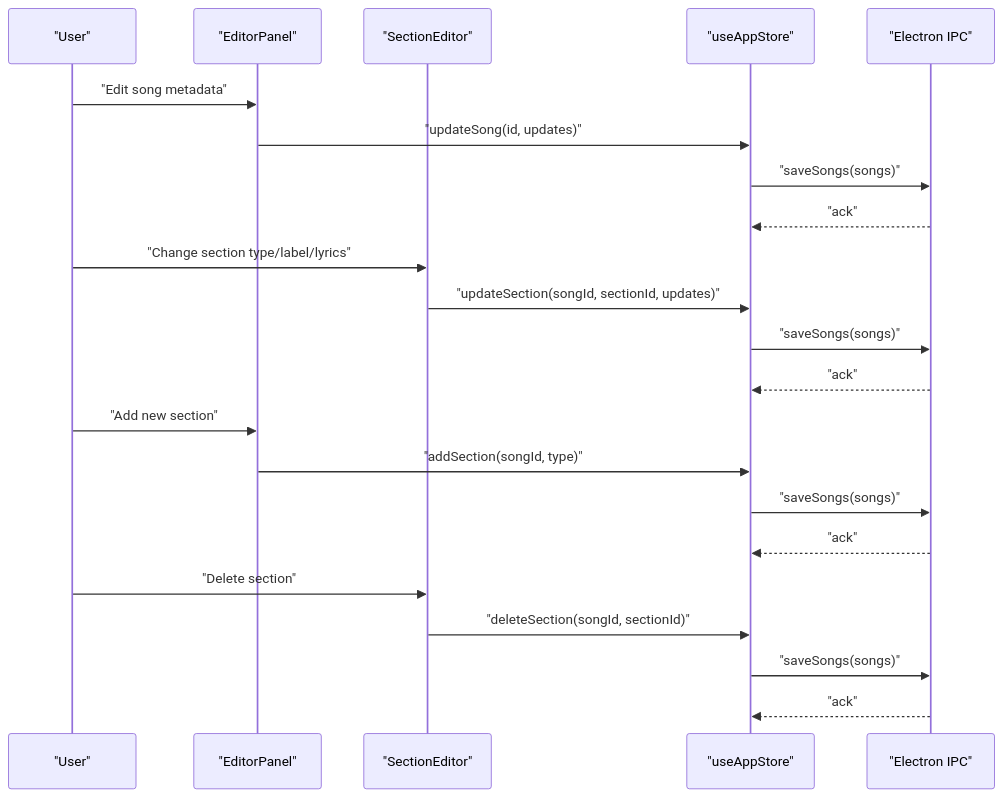
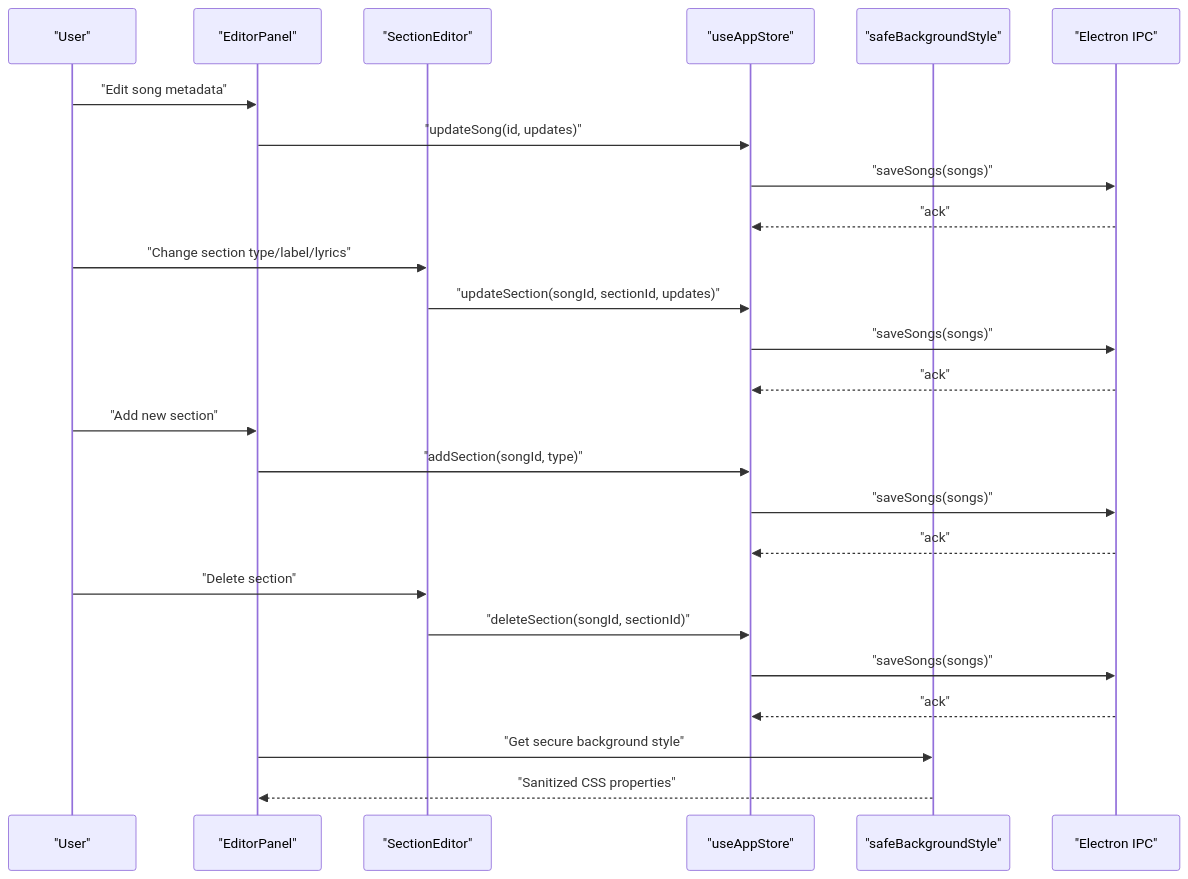
One commit to jimmywyk/lyricdeck changed the second of 10 diagrams in .qoder/repowiki/en/content/Architecture Overview/Component Architecture/Editor Panel.md. Above: the diagram before and after it, drawn with Mermaid. The commit also changed other lines of this file and 12 other files, not shown here.

````diff
--- a/.qoder/repowiki/en/content/Architecture Overview/Component Architecture/Editor Panel.md
+++ b/.qoder/repowiki/en/content/Architecture Overview/Component Architecture/Editor Panel.md
@@ -104,24 +119,27 @@
 ```mermaid
 sequenceDiagram
 participant U as "User"
 participant EP as "EditorPanel"
 participant SE as "SectionEditor"
 participant Z as "useAppStore"
+participant SU as "safeBackgroundStyle"
 participant FS as "Electron IPC"
 U->>EP : "Edit song metadata"
 EP->>Z : "updateSong(id, updates)"
 Z->>FS : "saveSongs(songs)"
 FS-->>Z : "ack"
 U->>SE : "Change section type/label/lyrics"
 SE->>Z : "updateSection(songId, sectionId, updates)"
 Z->>FS : "saveSongs(songs)"
 FS-->>Z : "ack"
 U->>EP : "Add new section"
 EP->>Z : "addSection(songId, type)"
 Z->>FS : "saveSongs(songs)"
 FS-->>Z : "ack"
 U->>SE : "Delete section"
 SE->>Z : "deleteSection(songId, sectionId)"
 Z->>FS : "saveSongs(songs)"
 FS-->>Z : "ack"
+EP->>SU : "Get secure background style"
+SU-->>EP : "Sanitized CSS properties"
 ```
````
